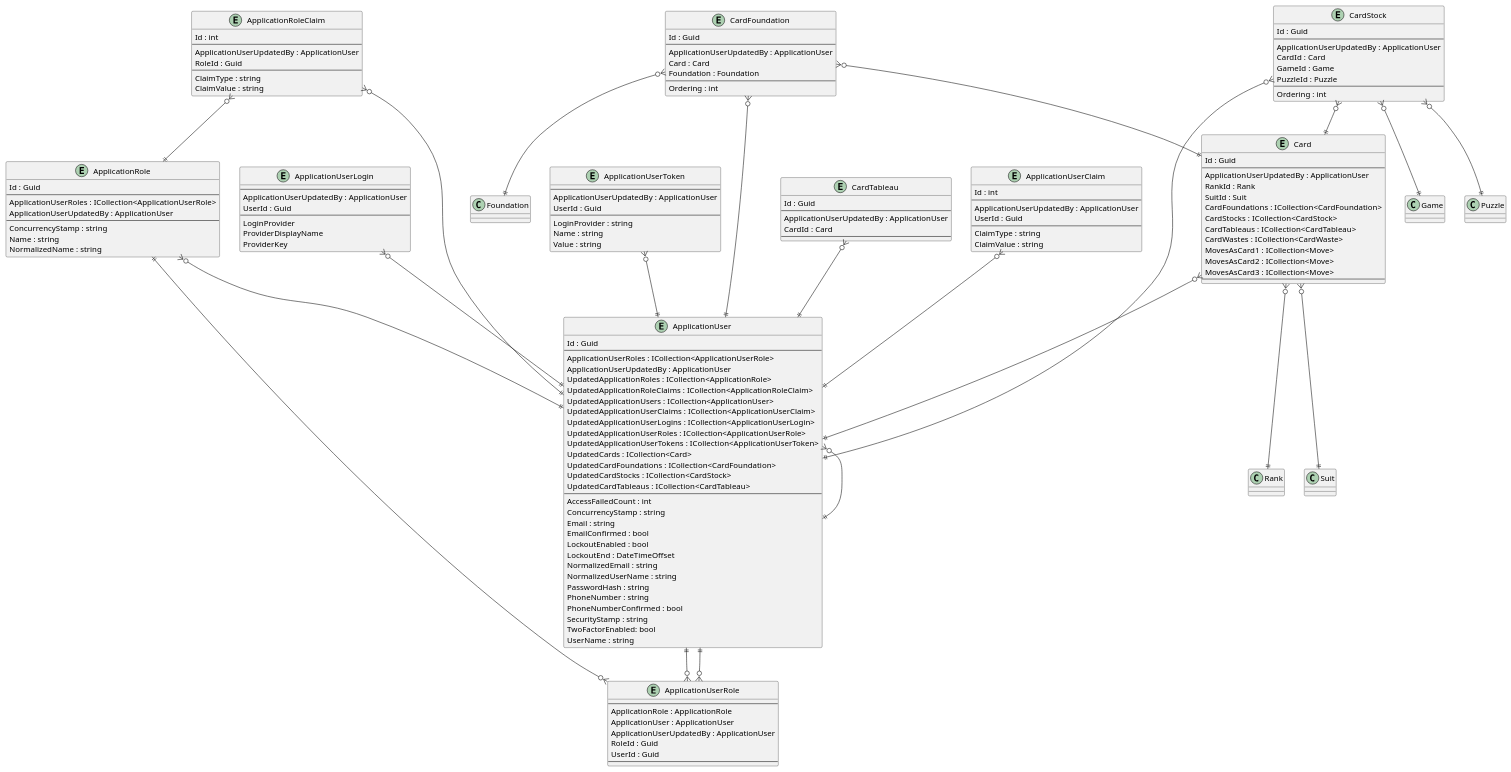
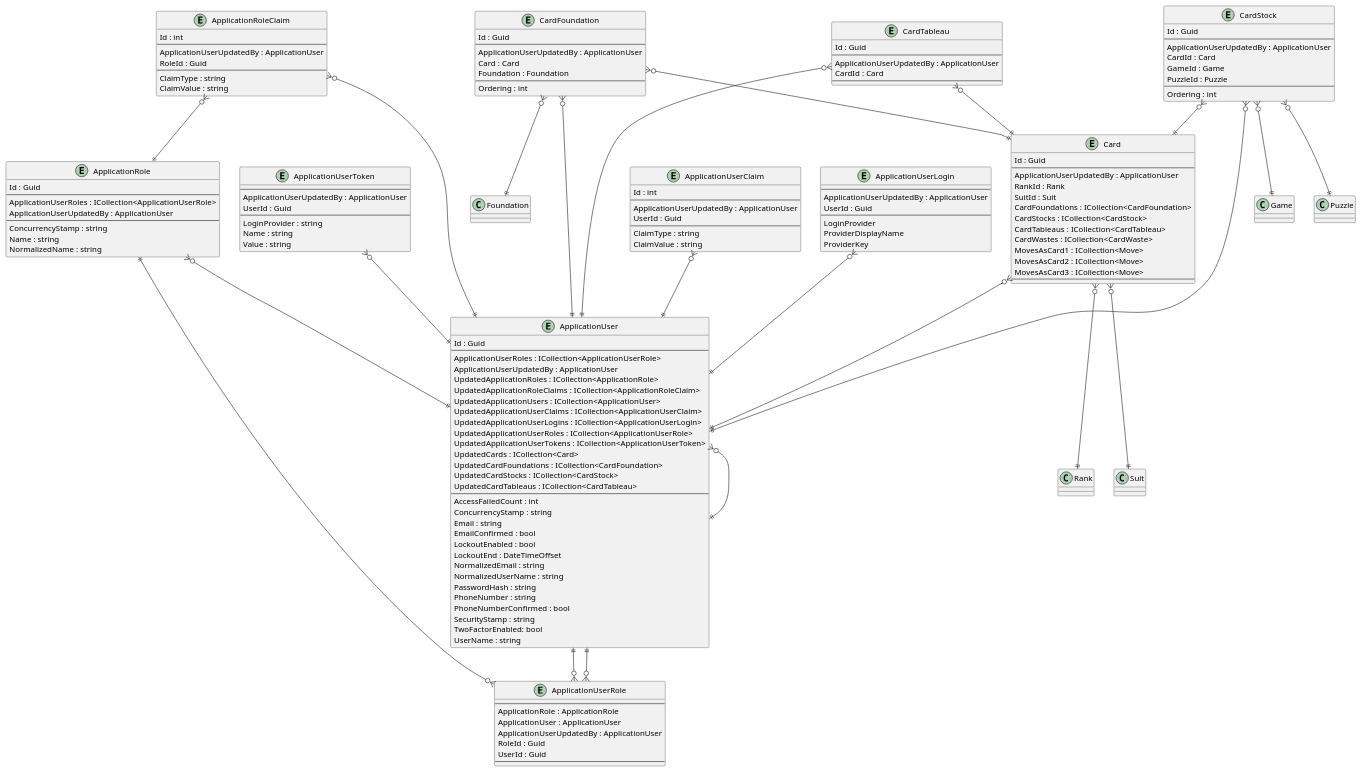
One commit to intrepion/intrepion_klondike-solitaire_csharp changed the diagram in .docs/Intrepion.KlondikeSolitaire.pu. Above: the diagram before and after it, drawn with PlantUML.

```diff
--- a/.docs/Intrepion.KlondikeSolitaire.pu
+++ b/.docs/Intrepion.KlondikeSolitaire.pu
@@ -1,177 +1,178 @@
 @startuml
 
 entity ApplicationRole {
     Id : Guid
     --
     ApplicationUserRoles : ICollection<ApplicationUserRole>
     ApplicationUserUpdatedBy : ApplicationUser
     --
     ConcurrencyStamp : string
     Name : string
     NormalizedName : string
 }
 
 entity ApplicationRoleClaim {
     Id : int
     --
     ApplicationUserUpdatedBy : ApplicationUser
     RoleId : Guid
     --
     ClaimType : string
     ClaimValue : string
 }
 
 entity ApplicationUser {
     Id : Guid
     --
     ApplicationUserRoles : ICollection<ApplicationUserRole>
     ApplicationUserUpdatedBy : ApplicationUser
     UpdatedApplicationRoles : ICollection<ApplicationRole>
     UpdatedApplicationRoleClaims : ICollection<ApplicationRoleClaim>
     UpdatedApplicationUsers : ICollection<ApplicationUser>
     UpdatedApplicationUserClaims : ICollection<ApplicationUserClaim>
     UpdatedApplicationUserLogins : ICollection<ApplicationUserLogin>
     UpdatedApplicationUserRoles : ICollection<ApplicationUserRole>
     UpdatedApplicationUserTokens : ICollection<ApplicationUserToken>
     UpdatedCards : ICollection<Card>
     UpdatedCardFoundations : ICollection<CardFoundation>
     UpdatedCardStocks : ICollection<CardStock>
     UpdatedCardTableaus : ICollection<CardTableau>
     ' ApplicationUserKeyCodePlaceholder
     --
     AccessFailedCount : int
     ConcurrencyStamp : string
     Email : string
     EmailConfirmed : bool
     LockoutEnabled : bool
     LockoutEnd : DateTimeOffset
     NormalizedEmail : string
     NormalizedUserName : string
     PasswordHash : string
     PhoneNumber : string
     PhoneNumberConfirmed : bool
     SecurityStamp : string
     TwoFactorEnabled: bool
     UserName : string
 }
 
 entity ApplicationUserClaim {
     Id : int
     --
     ApplicationUserUpdatedBy : ApplicationUser
     UserId : Guid
     --
     ClaimType : string
     ClaimValue : string
 }
 
 entity ApplicationUserLogin {
     --
     ApplicationUserUpdatedBy : ApplicationUser
     UserId : Guid
     --
     LoginProvider
     ProviderDisplayName
     ProviderKey
 }
 
 entity ApplicationUserRole {
     --
     ApplicationRole : ApplicationRole
     ApplicationUser : ApplicationUser
     ApplicationUserUpdatedBy : ApplicationUser
     RoleId : Guid
     UserId : Guid
     --
 }
 
 entity ApplicationUserToken {
     --
     ApplicationUserUpdatedBy : ApplicationUser
     UserId : Guid
     --
     LoginProvider : string
     Name : string
     Value : string
 }
 
 entity Card {
     Id : Guid
     --
     ApplicationUserUpdatedBy : ApplicationUser
     RankId : Rank
     SuitId : Suit
     CardFoundations : ICollection<CardFoundation>
     CardStocks : ICollection<CardStock>
     CardTableaus : ICollection<CardTableau>
     CardWastes : ICollection<CardWaste>
     MovesAsCard1 : ICollection<Move>
     MovesAsCard2 : ICollection<Move>
     MovesAsCard3 : ICollection<Move>
     ' CardKeyCodePlaceholder
     --
     ' CardPropertyCodePlaceholder
 }
 
 entity CardFoundation {
     Id : Guid
     --
     ApplicationUserUpdatedBy : ApplicationUser
     Card : Card
     Foundation : Foundation
     ' CardFoundationKeyCodePlaceholder
     --
     Ordering : int
     ' CardFoundationPropertyCodePlaceholder
 }
 
 entity CardStock {
     Id : Guid
     --
     ApplicationUserUpdatedBy : ApplicationUser
     CardId : Card
     GameId : Game
     PuzzleId : Puzzle
     ' CardStockKeyCodePlaceholder
     --
     Ordering : int
     ' CardStockPropertyCodePlaceholder
 }
 
 entity CardTableau {
     Id : Guid
     --
     ApplicationUserUpdatedBy : ApplicationUser
     CardId : Card
     ' CardTableauKeyCodePlaceholder
     --
     ' CardTableauPropertyCodePlaceholder
 }
 
 ' EntityCodePlaceholder
 
 ApplicationRole ||--o{ ApplicationUserRole
 ApplicationRole }o--|| ApplicationUser
 ApplicationRoleClaim }o--|| ApplicationRole
 ApplicationRoleClaim }o--|| ApplicationUser
 ApplicationUser }o--|| ApplicationUser
 ApplicationUser ||--o{ ApplicationUserRole
 ApplicationUserClaim }o--|| ApplicationUser
 ApplicationUserLogin }o--|| ApplicationUser
 ApplicationUserRole }o--|| ApplicationUser
 ApplicationUserToken }o--|| ApplicationUser
 
 Card }o--|| ApplicationUser
 Card }o--|| Rank
 Card }o--|| Suit
 CardFoundation }o--|| ApplicationUser
 CardFoundation }o--|| Card
 CardFoundation }o--|| Foundation
 CardStock }o--|| ApplicationUser
 CardStock }o--|| Card
 CardStock }o--|| Game
 CardStock }o--|| Puzzle
 CardTableau }o--|| ApplicationUser
+CardTableau }o--|| Card
 ' RelationshipCodePlaceholder
 
 @enduml
```
